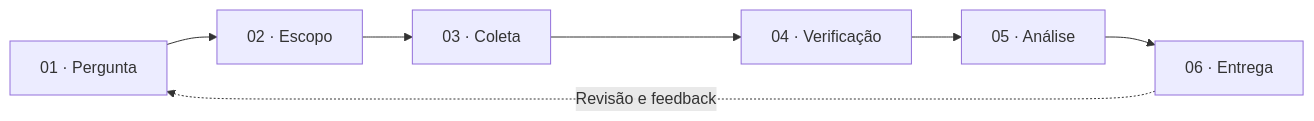
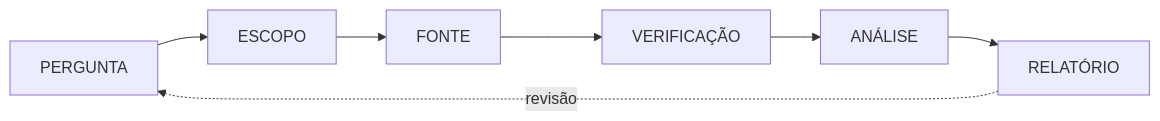
Before and after one commit to Ridd1kulusC0d3r/OSINT: the diagram in README.md, drawn with Mermaid. The commit also changed other lines of this file and 19 other files, not shown here.

````diff
--- a/README.md
+++ b/README.md
@@ -39,9 +34,9 @@
 ```mermaid
 flowchart LR
-    A["01 · Pergunta"] --> B["02 · Escopo"]
-    B --> C["03 · Coleta"]
-    C --> D["04 · Verificação"]
-    D --> E["05 · Análise"]
-    E --> F["06 · Entrega"]
-    F -. "Revisão e feedback" .-> A
+  A["PERGUNTA"] --> B["ESCOPO"]
+  B --> C["FONTE"]
+  C --> D["VERIFICAÇÃO"]
+  D --> E["ANÁLISE"]
+  E --> F["RELATÓRIO"]
+  F -. "revisão" .-> A
 ```
````
